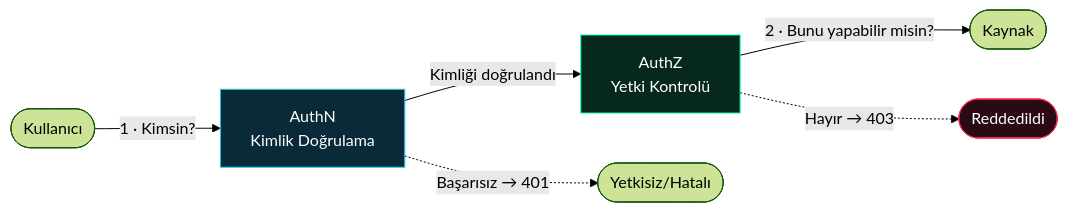
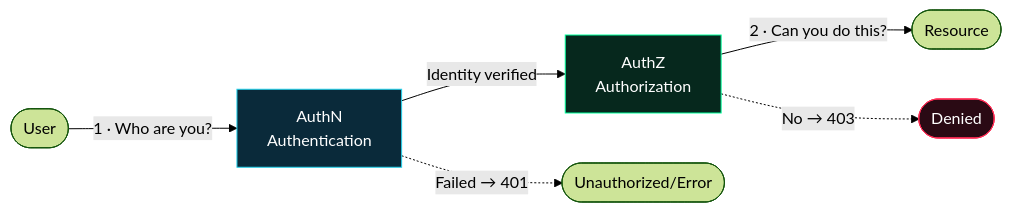
One commit to MYounesDev/auth-presentation changed the first of 3 diagrams in slides.md. Above: the diagram before and after it, drawn with Mermaid (forest theme). The commit also changed other lines of this file and 1 other file, not shown here.

````diff
--- a/slides.md
+++ b/slides.md
@@ -141,11 +140,11 @@
 ```mermaid {theme:'dark', scale: 0.82}
 flowchart LR
-    U([Kullanıcı]) -->|"1 · Kimsin?"| A[AuthN<br/>Kimlik Doğrulama]
-    A -->|"Kimliği doğrulandı"| Z[AuthZ<br/>Yetki Kontrolü]
-    A -.->|"Başarısız → 401"| Y([Yetkisiz/Hatalı])
-    Z -->|"2 · Bunu yapabilir misin?"| R([Kaynak])
-    Z -.->|"Hayır → 403"| X([Reddedildi])
+    U([User]) -->|"1 · Who are you?"| A[AuthN<br/>Authentication]
+    A -->|"Identity verified"| Z[AuthZ<br/>Authorization]
+    A -.->|"Failed → 401"| Y([Unauthorized/Error])
+    Z -->|"2 · Can you do this?"| R([Resource])
+    Z -.->|"No → 403"| X([Denied])
     style A fill:#0a2a3a,stroke:#22d3ee,color:#fff
     style Z fill:#06281d,stroke:#00ff9c,color:#fff
     style X fill:#2a0a14,stroke:#ff2d55,color:#fff
 ```
````
